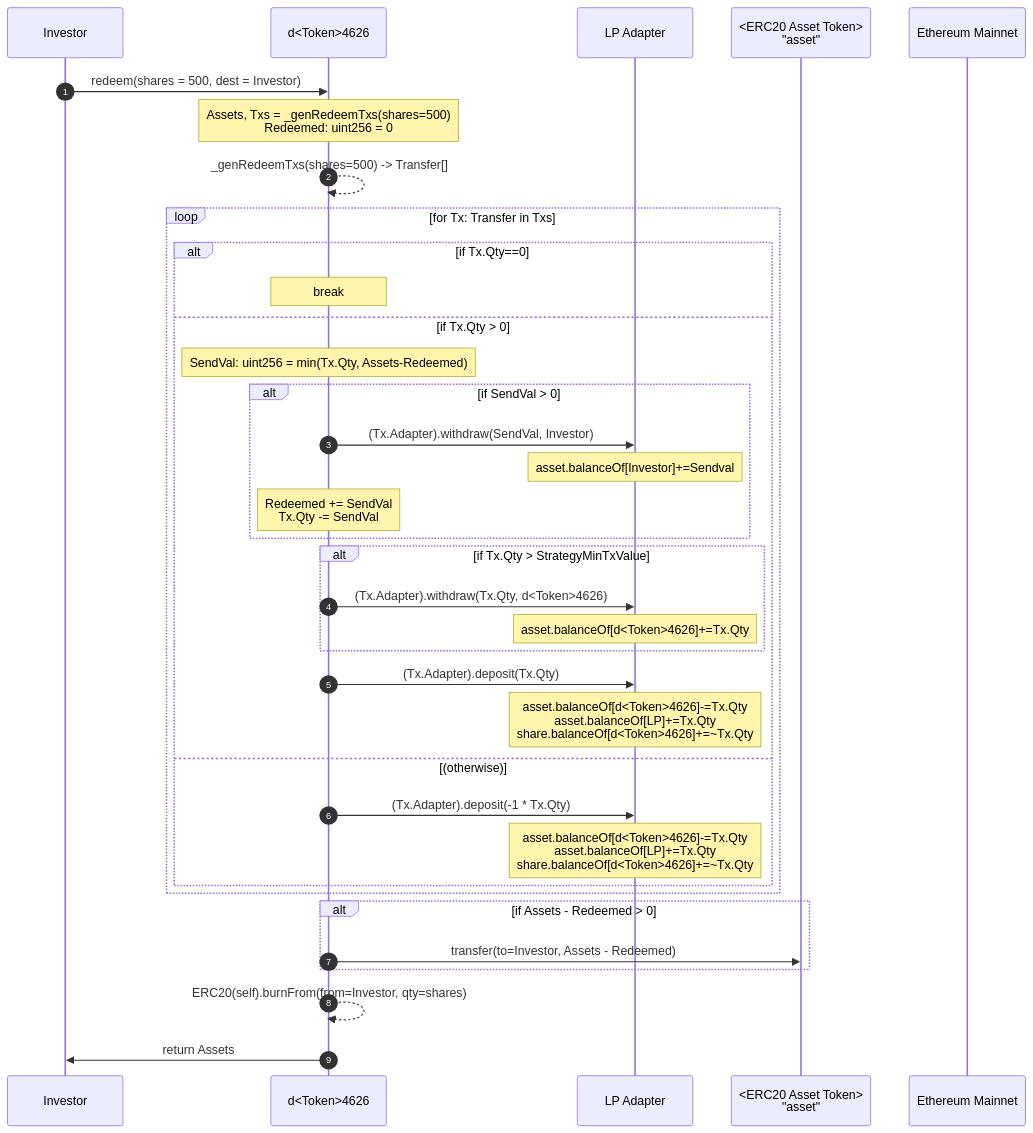
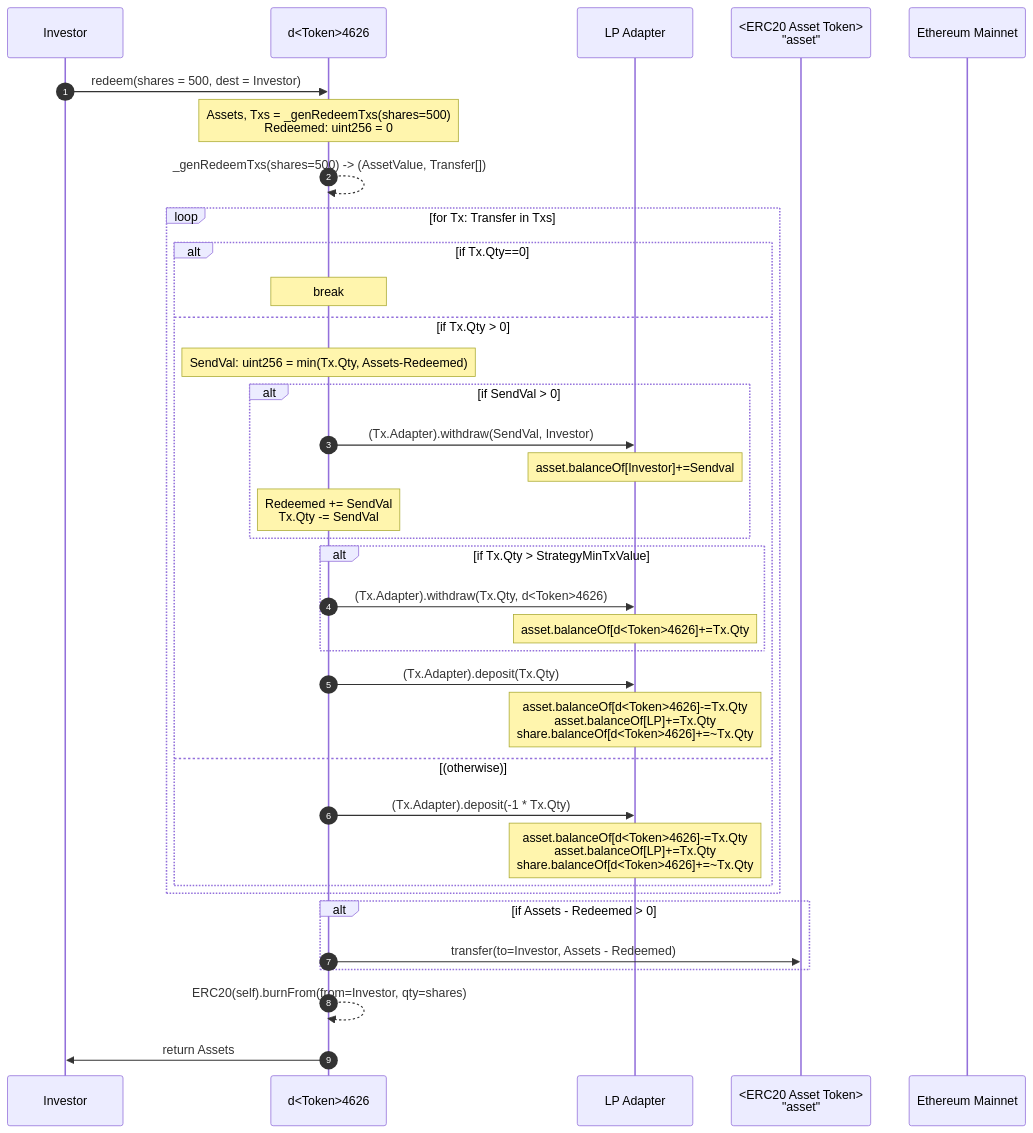
The second of 2 diagrams in docs/Dynamo4626.md (DynamoFinance/vault), drawn with Mermaid before and after one commit. The commit also changed other lines of this file, not shown here.

````diff
--- a/docs/Dynamo4626.md
+++ b/docs/Dynamo4626.md
@@ -104,44 +106,44 @@
 ```mermaid
 sequenceDiagram
     participant u as Investor
     participant a4626 as d<Token>4626
     participant lpa as LP Adapter
     participant asset as <ERC20 Asset Token><br>"asset"
     #participant lp as LP
     #participant share as <ERC20 LP Share>
     participant eth as Ethereum Mainnet
     
     autonumber
     u->>a4626:redeem(shares = 500, dest = Investor)
     note over a4626: Assets, Txs = _genRedeemTxs(shares=500)<br>Redeemed: uint256 = 0
-    a4626-->>a4626: _genRedeemTxs(shares=500) -> Transfer[]
+    a4626-->>a4626: _genRedeemTxs(shares=500) -> (AssetValue, Transfer[])
     loop for Tx: Transfer in Txs
        alt if Tx.Qty==0
            note over a4626: break
        else if Tx.Qty > 0
            note over a4626: SendVal: uint256 = min(Tx.Qty, Assets-Redeemed)
            alt if SendVal > 0
                a4626->>lpa: (Tx.Adapter).withdraw(SendVal, Investor)
                note over lpa: asset.balanceOf[Investor]+=Sendval
                note over a4626: Redeemed += SendVal<br>Tx.Qty -= SendVal
            end
            alt if Tx.Qty > StrategyMinTxValue
                a4626->>lpa: (Tx.Adapter).withdraw(Tx.Qty, d<Token>4626)
                note over lpa: asset.balanceOf[d<Token>4626]+=Tx.Qty
            end
            a4626->>lpa: (Tx.Adapter).deposit(Tx.Qty)
            note over lpa: asset.balanceOf[d<Token>4626]-=Tx.Qty<br>asset.balanceOf[LP]+=Tx.Qty<br>share.balanceOf[d<Token>4626]+=~Tx.Qty
        else (otherwise)
            a4626->>lpa: (Tx.Adapter).deposit(-1 * Tx.Qty)
             note over lpa: asset.balanceOf[d<Token>4626]-=Tx.Qty<br>asset.balanceOf[LP]+=Tx.Qty<br>share.balanceOf[d<Token>4626]+=~Tx.Qty
        end      
     end
     
     alt if Assets - Redeemed > 0
         a4626->>asset: transfer(to=Investor, Assets - Redeemed)
     end
     
     a4626-->>a4626: ERC20(self).burnFrom(from=Investor, qty=shares)
    
    a4626->>u: return Assets
 ```    
````
